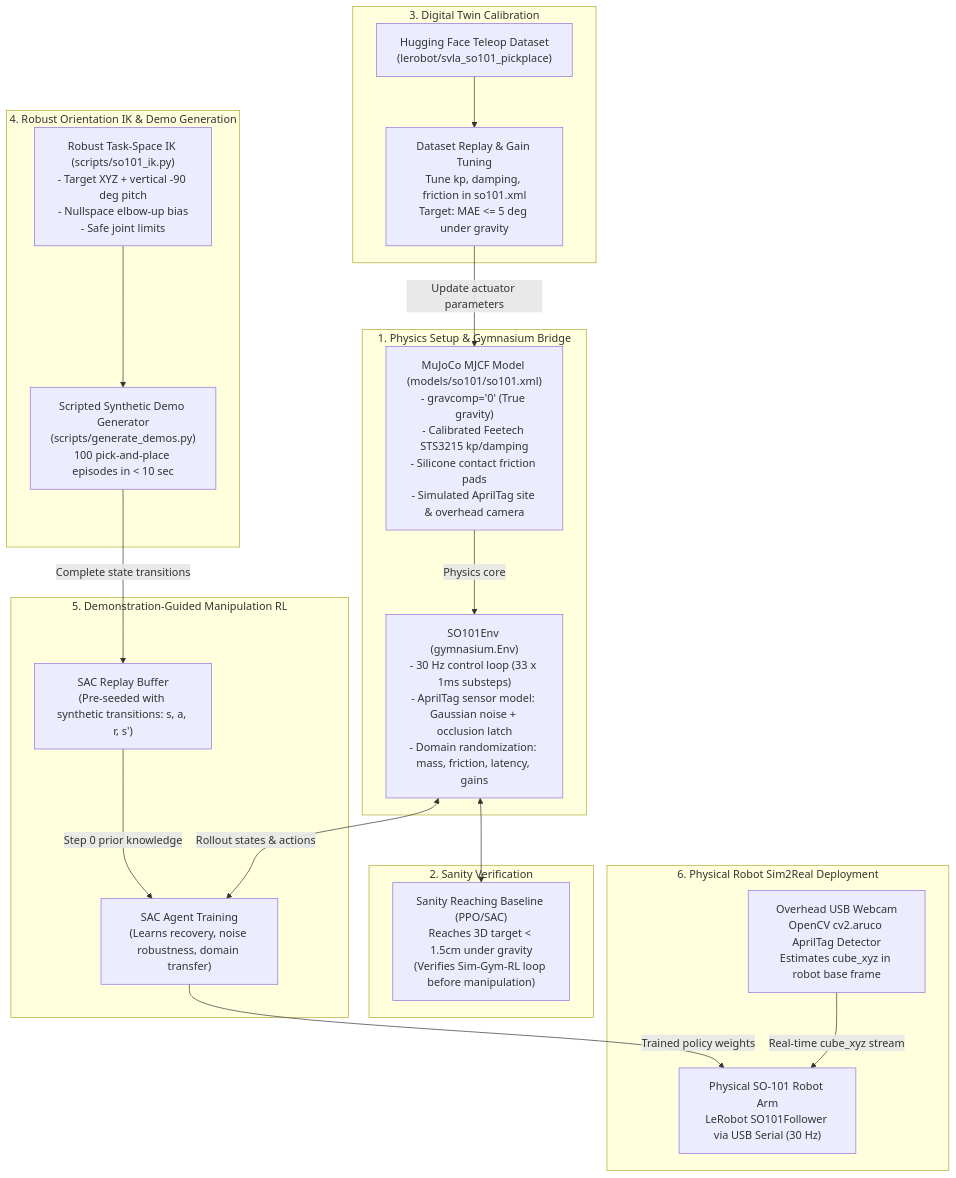
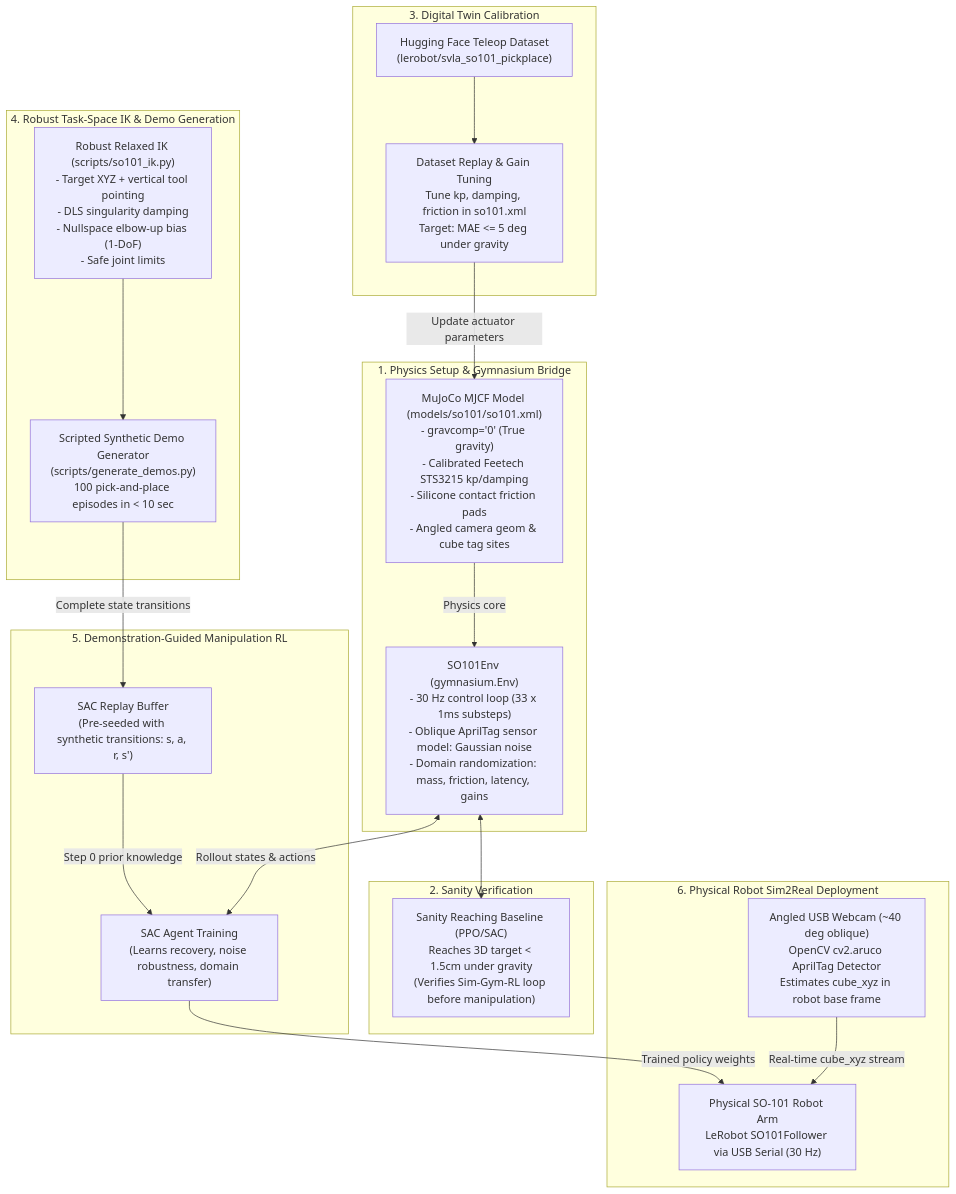
One commit to drenfr01/rbe501_group_project changed the first of 2 diagrams in docs/sim2real_action_plan.md. Above: the diagram before and after it, drawn with Mermaid. The commit also changed other lines of this file, not shown here.

Commit message:
architectural review

````diff
--- a/docs/sim2real_action_plan.md
+++ b/docs/sim2real_action_plan.md
@@ -107,43 +114,43 @@
 ```mermaid
 flowchart TD
     subgraph S1 ["1. Physics Setup & Gymnasium Bridge"]
-        MJCF["MuJoCo MJCF Model (models/so101/so101.xml)<br/>- gravcomp='0' (True gravity)<br/>- Calibrated Feetech STS3215 kp/damping<br/>- Silicone contact friction pads<br/>- Simulated AprilTag site & overhead camera"]
-        GymEnv["SO101Env (gymnasium.Env)<br/>- 30 Hz control loop (33 x 1ms substeps)<br/>- AprilTag sensor model: Gaussian noise + occlusion latch<br/>- Domain randomization: mass, friction, latency, gains"]
+        MJCF["MuJoCo MJCF Model (models/so101/so101.xml)<br/>- gravcomp='0' (True gravity)<br/>- Calibrated Feetech STS3215 kp/damping<br/>- Silicone contact friction pads<br/>- Angled camera geom & cube tag sites"]
+        GymEnv["SO101Env (gymnasium.Env)<br/>- 30 Hz control loop (33 x 1ms substeps)<br/>- Oblique AprilTag sensor model: Gaussian noise<br/>- Domain randomization: mass, friction, latency, gains"]
         MJCF -->|"Physics core"| GymEnv
     end
 
     subgraph S2 ["2. Sanity Verification"]
         ReachRL["Sanity Reaching Baseline (PPO/SAC)<br/>Reaches 3D target < 1.5cm under gravity<br/>(Verifies Sim-Gym-RL loop before manipulation)"]
         GymEnv <--> ReachRL
     end
 
     subgraph S3 ["3. Digital Twin Calibration"]
         HFData["Hugging Face Teleop Dataset<br/>(lerobot/svla_so101_pickplace)"]
         ReplayCalib["Dataset Replay & Gain Tuning<br/>Tune kp, damping, friction in so101.xml<br/>Target: MAE <= 5 deg under gravity"]
         HFData --> ReplayCalib
         ReplayCalib -->|"Update actuator parameters"| MJCF
     end
 
-    subgraph S4 ["4. Robust Orientation IK & Demo Generation"]
-        RobustIK["Robust Task-Space IK (scripts/so101_ik.py)<br/>- Target XYZ + vertical -90 deg pitch<br/>- Nullspace elbow-up bias<br/>- Safe joint limits"]
+    subgraph S4 ["4. Robust Task-Space IK & Demo Generation"]
+        RobustIK["Robust Relaxed IK (scripts/so101_ik.py)<br/>- Target XYZ + vertical tool pointing<br/>- DLS singularity damping<br/>- Nullspace elbow-up bias (1-DoF)<br/>- Safe joint limits"]
         DemoGen["Scripted Synthetic Demo Generator<br/>(scripts/generate_demos.py)<br/>100 pick-and-place episodes in < 10 sec"]
         RobustIK --> DemoGen
     end
 
     subgraph S5 ["5. Demonstration-Guided Manipulation RL"]
         ReplayBuf["SAC Replay Buffer<br/>(Pre-seeded with synthetic transitions: s, a, r, s')"]
         DemoGen -->|"Complete state transitions"| ReplayBuf
 
         SACTrain["SAC Agent Training<br/>(Learns recovery, noise robustness, domain transfer)"]
         ReplayBuf -->|"Step 0 prior knowledge"| SACTrain
         GymEnv <-->|"Rollout states & actions"| SACTrain
     end
 
     subgraph S6 ["6. Physical Robot Sim2Real Deployment"]
-        Webcam["Overhead USB Webcam<br/>OpenCV cv2.aruco AprilTag Detector<br/>Estimates cube_xyz in robot base frame"]
+        Webcam["Angled USB Webcam (~40 deg oblique)<br/>OpenCV cv2.aruco AprilTag Detector<br/>Estimates cube_xyz in robot base frame"]
         RealArm["Physical SO-101 Robot Arm<br/>LeRobot SO101Follower via USB Serial (30 Hz)"]
         
         SACTrain -->|"Trained policy weights"| RealArm
         Webcam -->|"Real-time cube_xyz stream"| RealArm
     end
 ```
````
